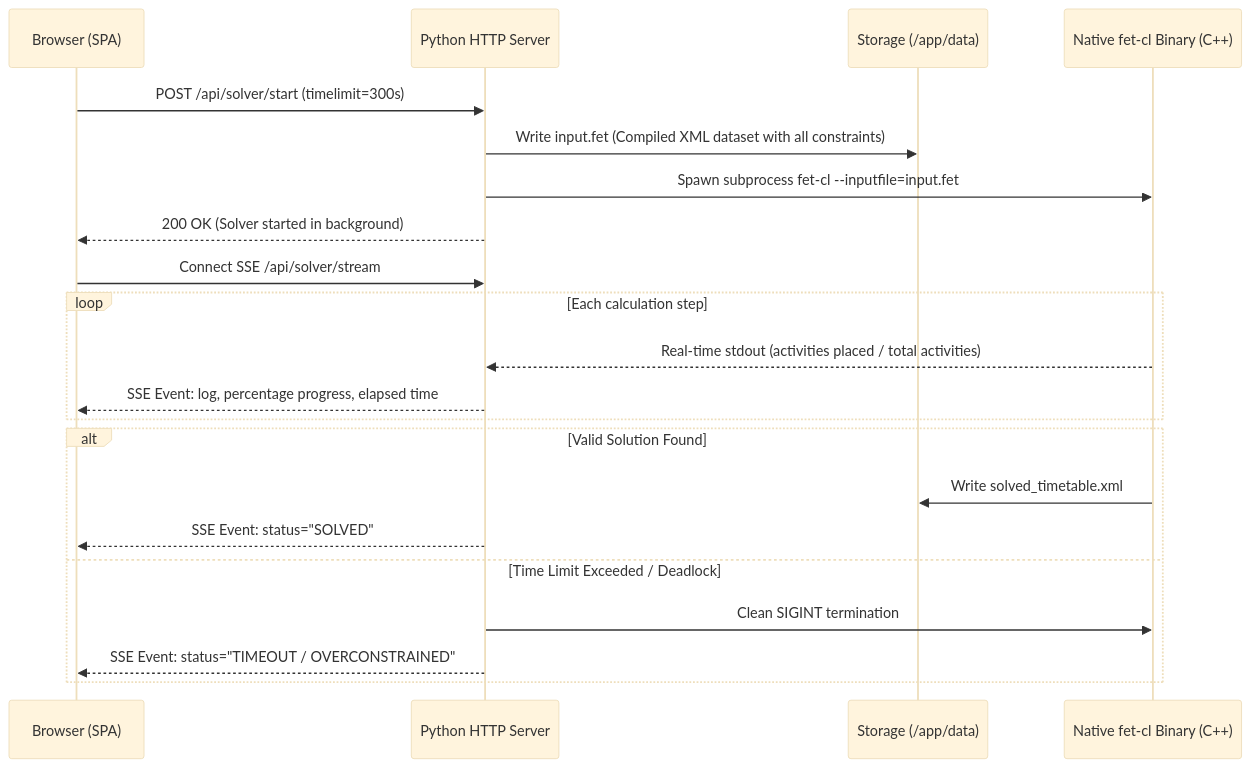
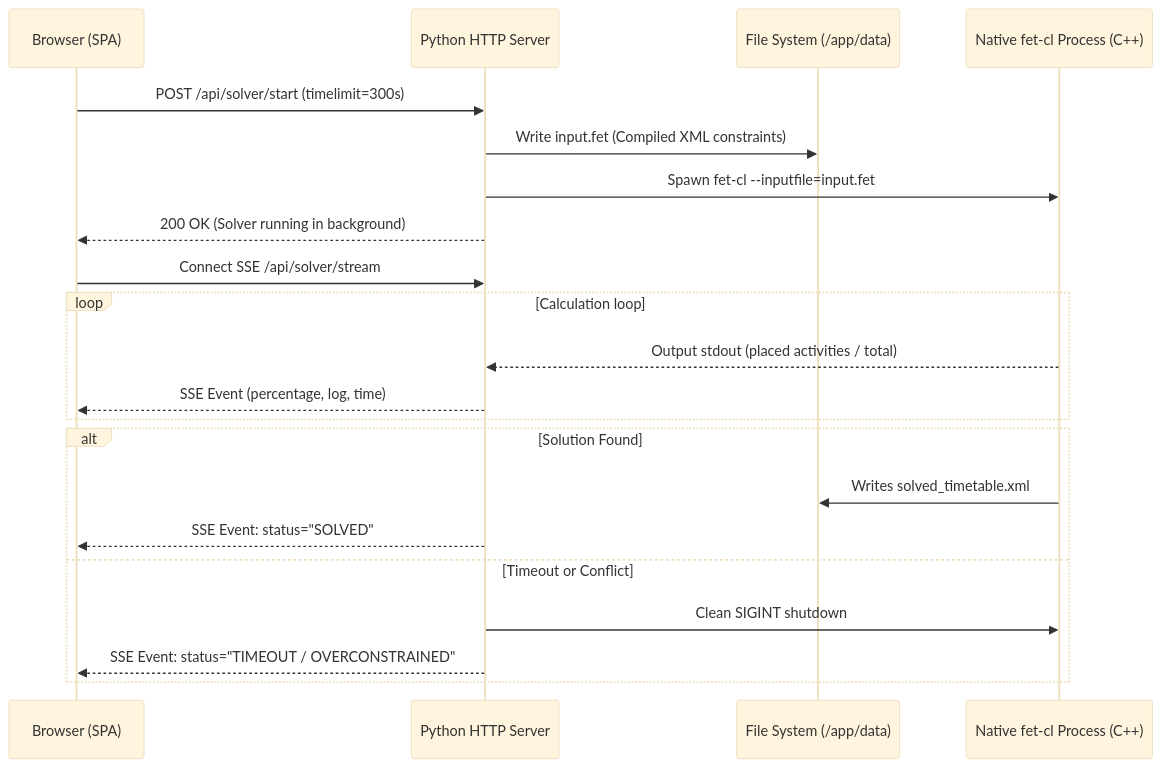
The second of 3 diagrams in docs/en/timetable-flow.md (carlorigoni/eurario), drawn with Mermaid (base theme) before and after one commit. The commit also changed other lines of this file and 13 other files, not shown here.

````diff
--- a/docs/en/timetable-flow.md
+++ b/docs/en/timetable-flow.md
@@ -70,24 +84,24 @@
 ```mermaid
 sequenceDiagram
     participant UI as Browser (SPA)
     participant Srv as Python HTTP Server
-    participant Disk as Storage (/app/data)
-    participant FET as Native fet-cl Binary (C++)
+    participant Disk as File System (/app/data)
+    participant FET as Native fet-cl Process (C++)
 
     UI->>Srv: POST /api/solver/start (timelimit=300s)
-    Srv->>Disk: Write input.fet (Compiled XML dataset with all constraints)
-    Srv->>FET: Spawn subprocess fet-cl --inputfile=input.fet
-    Srv-->>UI: 200 OK (Solver started in background)
+    Srv->>Disk: Write input.fet (Compiled XML constraints)
+    Srv->>FET: Spawn fet-cl --inputfile=input.fet
+    Srv-->>UI: 200 OK (Solver running in background)
     UI->>Srv: Connect SSE /api/solver/stream
-    loop Each calculation step
-        FET-->>Srv: Real-time stdout (activities placed / total activities)
-        Srv-->>UI: SSE Event: log, percentage progress, elapsed time
+    loop Calculation loop
+        FET-->>Srv: Output stdout (placed activities / total)
+        Srv-->>UI: SSE Event (percentage, log, time)
     end
-    alt Valid Solution Found
-        FET->>Disk: Write solved_timetable.xml
+    alt Solution Found
+        FET->>Disk: Writes solved_timetable.xml
         Srv-->>UI: SSE Event: status="SOLVED"
-    else Time Limit Exceeded / Deadlock
-        Srv->>FET: Clean SIGINT termination
+    else Timeout or Conflict
+        Srv->>FET: Clean SIGINT shutdown
         Srv-->>UI: SSE Event: status="TIMEOUT / OVERCONSTRAINED"
     end
 ```
````
